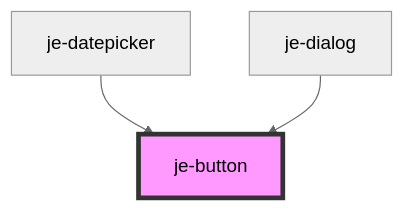
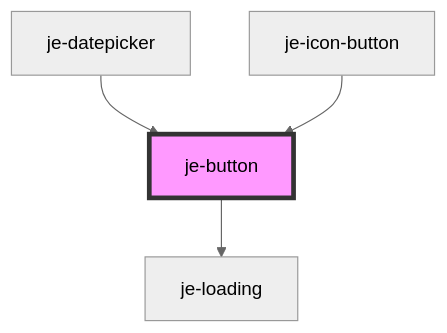
Before and after one commit to pgreen00/jebamo: the diagram in packages/docs/docs/components/je-button/readme.md, drawn with Mermaid (neutral theme). The commit also changed other lines of this file and 47 other files, not shown here.

````diff
--- a/packages/docs/docs/components/je-button/readme.md
+++ b/packages/docs/docs/components/je-button/readme.md
@@ -50,6 +53,7 @@
 ```mermaid
 graph TD;
+  je-button --> je-loading
   je-datepicker --> je-button
-  je-dialog --> je-button
+  je-icon-button --> je-button
   style je-button fill:#f9f,stroke:#333,stroke-width:4px
 ```
````
